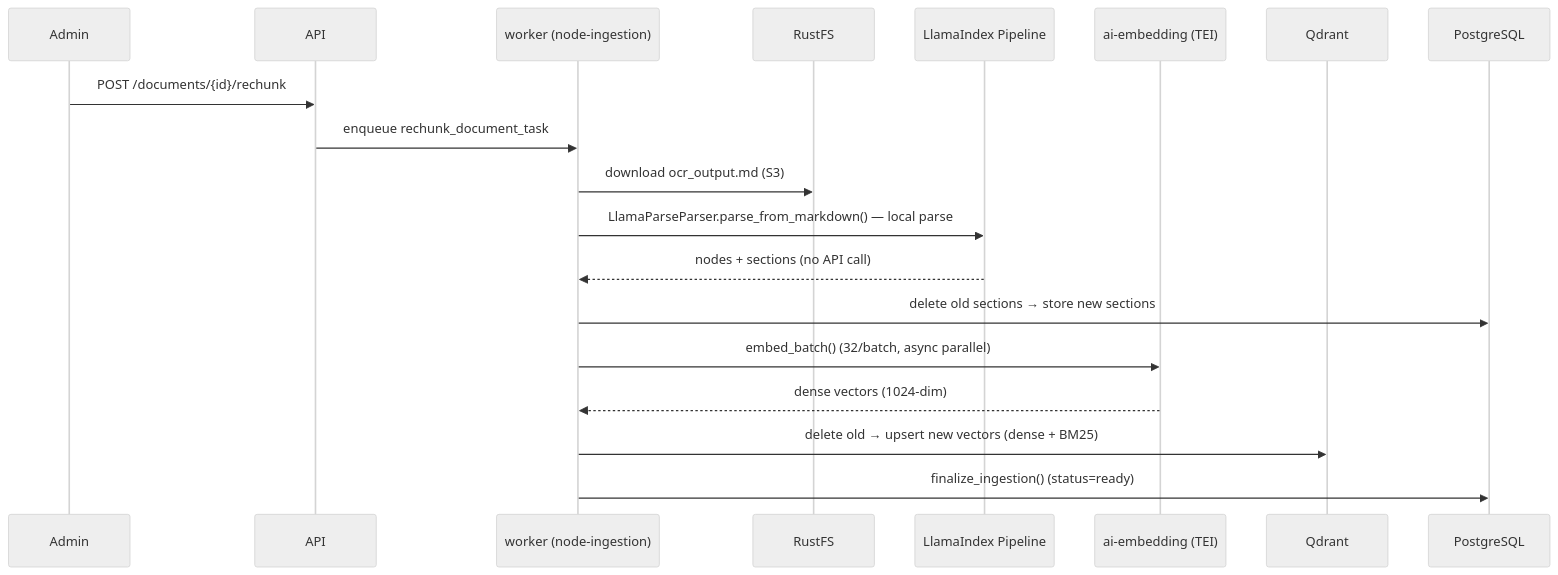
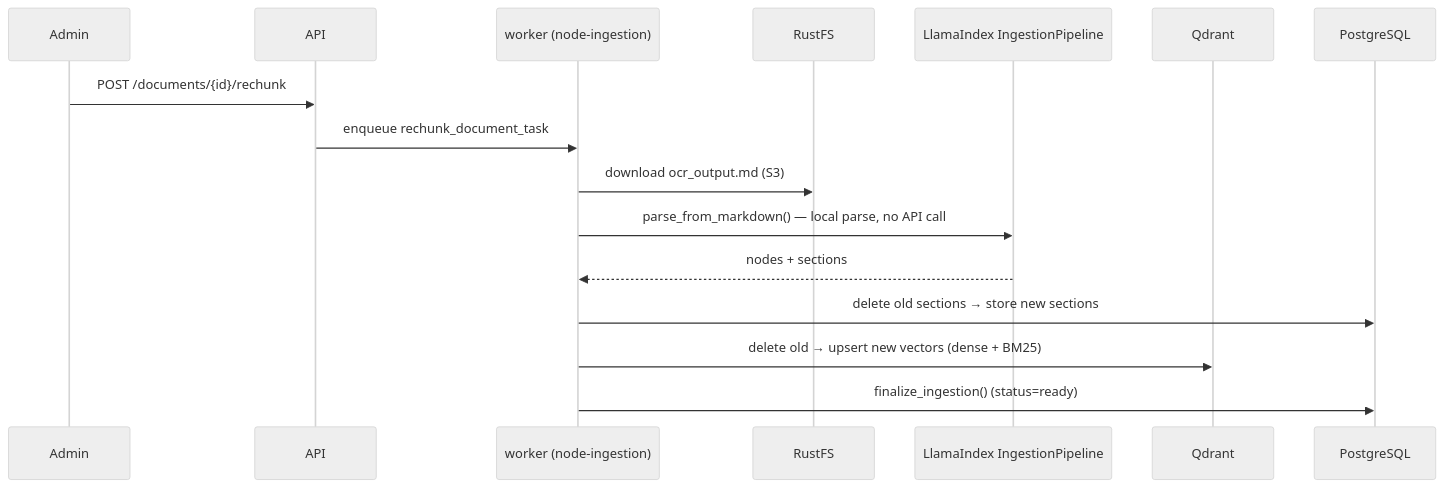
One commit to qtuanph/chatbot-rag changed the second of 2 diagrams in docs/2.1_WORKFLOWS_INGESTION.md. Above: the diagram before and after it, drawn with Mermaid (neutral theme). The commit also changed other lines of this file and 104 other files, not shown here.

````diff
--- a/docs/2.1_WORKFLOWS_INGESTION.md
+++ b/docs/2.1_WORKFLOWS_INGESTION.md
@@ -48,23 +44,20 @@
 ```mermaid
 sequenceDiagram
     participant Admin
     participant API
     participant Worker as worker (node-ingestion)
     participant Storage as RustFS
-    participant LlamaIndex as LlamaIndex Pipeline
-    participant AIEmbed as ai-embedding (TEI)
+    participant LiPipeline as LlamaIndex IngestionPipeline
     participant Qdrant
     participant DB as PostgreSQL
 
     Admin->>API: POST /documents/{id}/rechunk
     API->>Worker: enqueue rechunk_document_task
 
     Worker->>Storage: download ocr_output.md (S3)
-    Worker->>LlamaIndex: LlamaParseParser.parse_from_markdown() — local parse
-    LlamaIndex-->>Worker: nodes + sections (no API call)
+    Worker->>LiPipeline: parse_from_markdown() — local parse, no API call
+    LiPipeline-->>Worker: nodes + sections
     Worker->>DB: delete old sections → store new sections
-    Worker->>AIEmbed: embed_batch() (32/batch, async parallel)
-    AIEmbed-->>Worker: dense vectors (1024-dim)
     Worker->>Qdrant: delete old → upsert new vectors (dense + BM25)
     Worker->>DB: finalize_ingestion() (status=ready)
 ```
````
